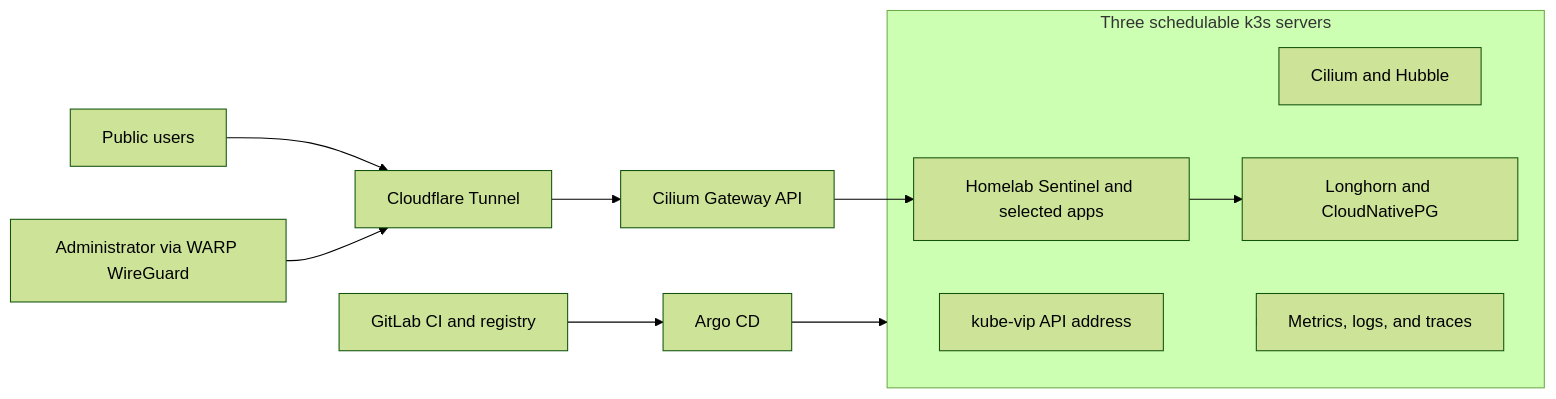
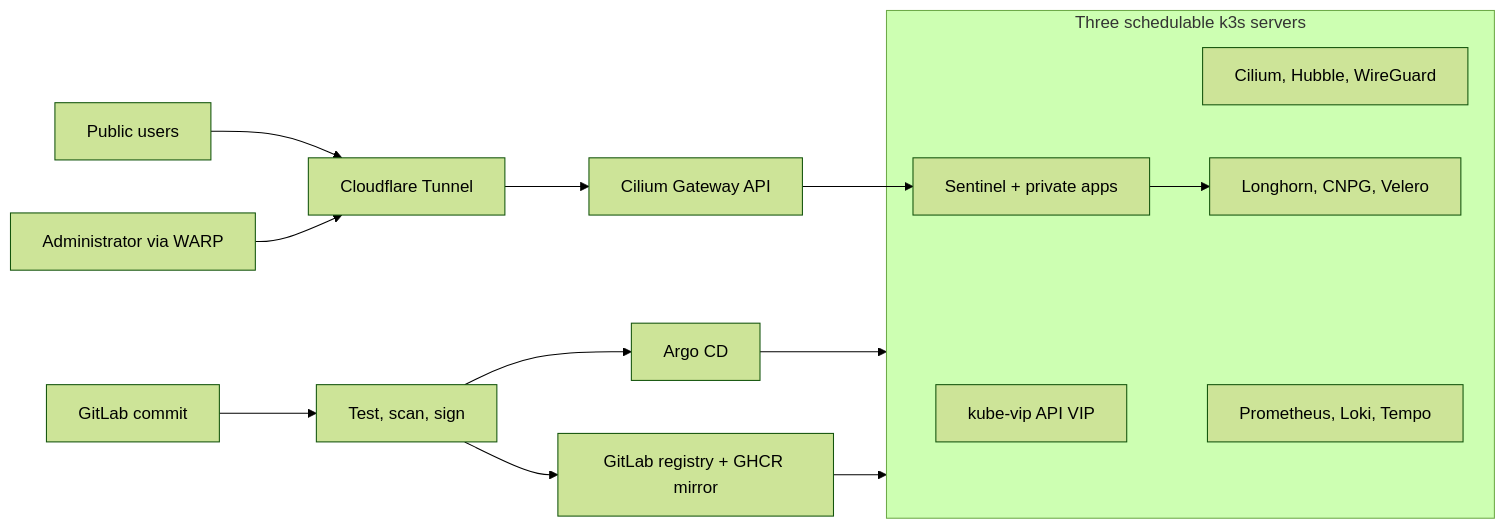
The diagram in README.md (AnouarMohamed/k3s-homelab), drawn with Mermaid (forest theme) before and after one commit. The commit also changed other lines of this file and 37 other files, not shown here.

````diff
--- a/README.md
+++ b/README.md
@@ -13,18 +12,21 @@
 ```mermaid
 flowchart LR
-  Git[GitLab CI and registry] --> Argo[Argo CD]
-  Users[Public users] --> CF[Cloudflare Tunnel]
-  Admin[Administrator via WARP WireGuard] --> CF
+  Commit[GitLab commit] --> CI[Test, scan, sign]
+  CI --> Registry[GitLab registry + GHCR mirror]
+  CI --> Argo[Argo CD]
+  Public[Public users] --> CF[Cloudflare Tunnel]
+  Admin[Administrator via WARP] --> CF
   CF --> Gateway[Cilium Gateway API]
   Argo --> Cluster
+  Registry --> Cluster
   subgraph Cluster[Three schedulable k3s servers]
-    VIP[kube-vip API address]
-    Cilium[Cilium and Hubble]
-    Storage[Longhorn and CloudNativePG]
-    Observe[Metrics, logs, and traces]
-    Apps[Homelab Sentinel and selected apps]
+    VIP[kube-vip API VIP]
+    Network[Cilium, Hubble, WireGuard]
+    Data[Longhorn, CNPG, Velero]
+    Signals[Prometheus, Loki, Tempo]
+    Apps[Sentinel + private apps]
   end
   Gateway --> Apps
-  Apps --> Storage
-  Cluster --> Observe
+  Apps --> Data
+  Cluster --> Signals
 ```
````
